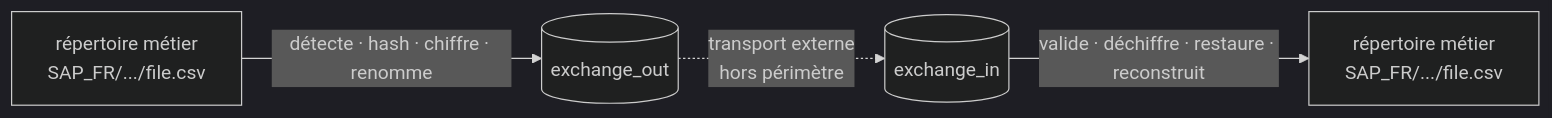
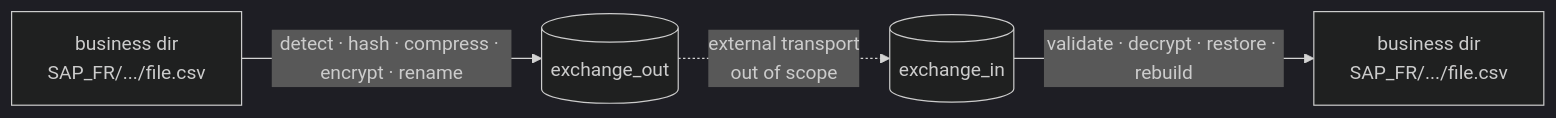
One commit to coality/file-router changed the diagram in README.md. Above: the diagram before and after it, drawn with Mermaid (dark theme). The commit also changed other lines of this file and 1 other file, not shown here.

````diff
--- a/README.md
+++ b/README.md
@@ -29,6 +19,6 @@
 ```mermaid
 flowchart LR
-    BF1[répertoire métier<br/>SAP_FR/.../file.csv] -->|détecte · hash · chiffre · renomme| EXO[(exchange_out)]
-    EXO -. transport externe<br/>hors périmètre .-> EXI[(exchange_in)]
-    EXI -->|valide · déchiffre · restaure · reconstruit| BF2[répertoire métier<br/>SAP_FR/.../file.csv]
+    BF1[business dir<br/>SAP_FR/.../file.csv] -->|detect · hash · compress · encrypt · rename| EXO[(exchange_out)]
+    EXO -. external transport<br/>out of scope .-> EXI[(exchange_in)]
+    EXI -->|validate · decrypt · restore · rebuild| BF2[business dir<br/>SAP_FR/.../file.csv]
 ```
````
